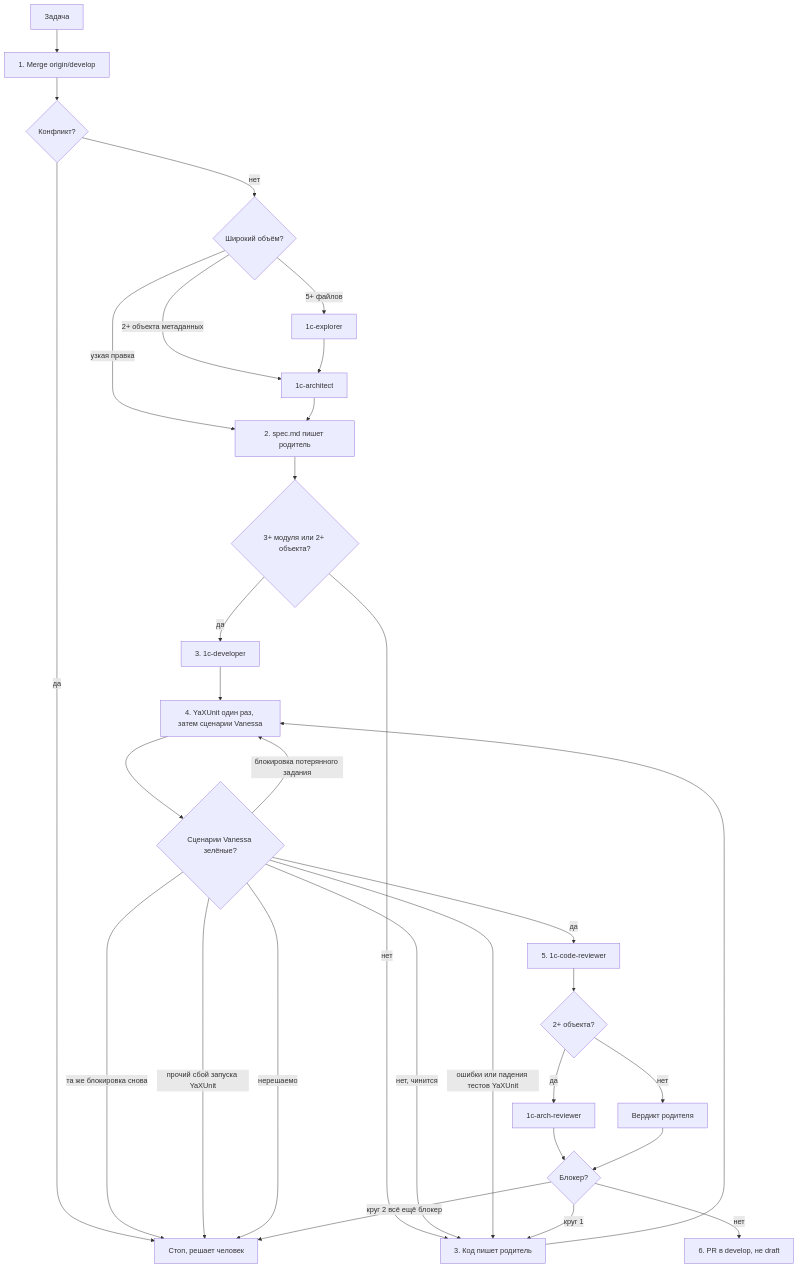
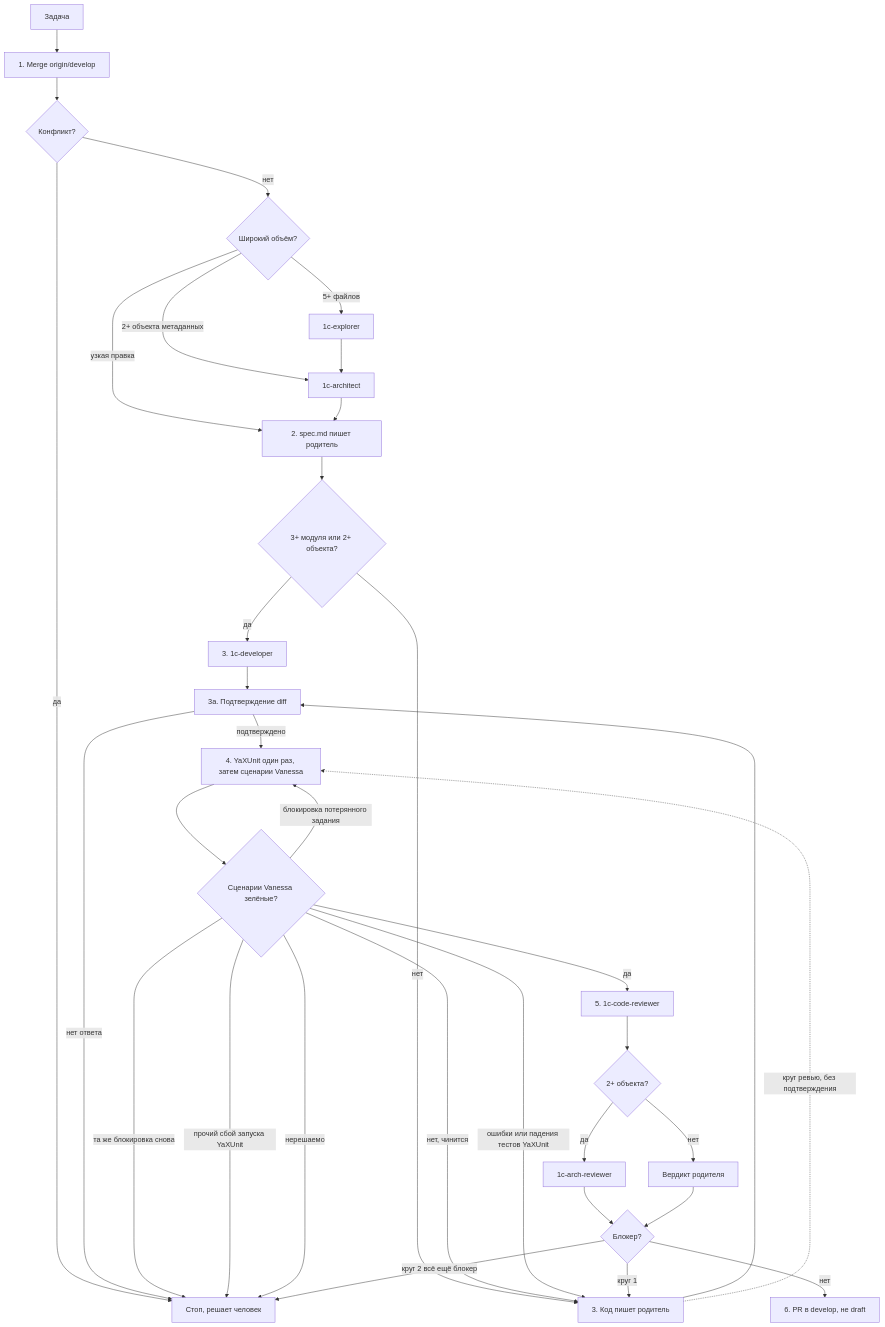
One commit to firstBitSportivnaya/PSSL changed the diagram in .cursor/skills/pssl-pr-flow/SKILL.md. Above: the diagram before and after it, drawn with Mermaid. The commit also changed other lines of this file and 1 other file, not shown here.

First line of the commit message:
pssl-pr-flow: подтверждение diff человеком до фазы тестировщика (#420)

````diff
--- a/.cursor/skills/pssl-pr-flow/SKILL.md
+++ b/.cursor/skills/pssl-pr-flow/SKILL.md
@@ -22,33 +22,36 @@
 ```mermaid
 graph TB
   A["Задача"] --> B["1. Merge origin/develop"]
   B --> C{"Конфликт?"}
   C -->|да| Z["Стоп, решает человек"]
   C -->|нет| D{"Широкий объём?"}
   D -->|"5+ файлов"| E["1c-explorer"]
   D -->|"2+ объекта метаданных"| F["1c-architect"]
   D -->|узкая правка| G["2. spec.md пишет родитель"]
   E --> F
   F --> G
   G --> H{"3+ модуля или 2+ объекта?"}
   H -->|да| I["3. 1c-developer"]
   H -->|нет| J["3. Код пишет родитель"]
-  I --> K["4. YaXUnit один раз, затем сценарии Vanessa"]
-  J --> K
+  I --> G1["3a. Подтверждение diff"]
+  J --> G1
+  G1 -->|"нет ответа"| Z
+  G1 -->|подтверждено| K["4. YaXUnit один раз, затем сценарии Vanessa"]
+  J -.->|"круг ревью, без подтверждения"| K
   K --> L{"Сценарии Vanessa зелёные?"}
   L -->|нет, чинится| J
   L -->|блокировка потерянного задания| K
   L -->|та же блокировка снова| Z
   L -->|прочий сбой запуска YaXUnit| Z
   L -->|ошибки или падения тестов YaXUnit| J
   L -->|нерешаемо| Z
   L -->|да| M["5. 1c-code-reviewer"]
   M --> N{"2+ объекта?"}
   N -->|да| O["1c-arch-reviewer"]
   N -->|нет| P["Вердикт родителя"]
   O --> Q{"Блокер?"}
   P --> Q
   Q -->|"круг 1"| J
   Q -->|"круг 2 всё ещё блокер"| Z
   Q -->|нет| R["6. PR в develop, не draft"]
 ```
````
